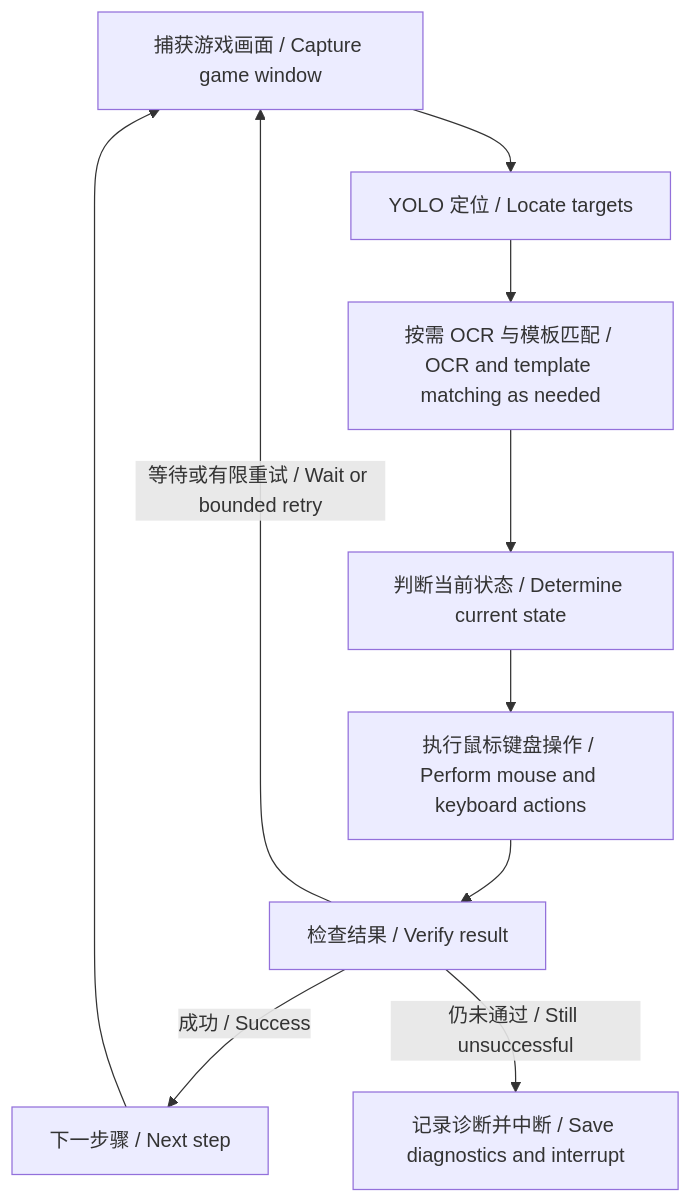
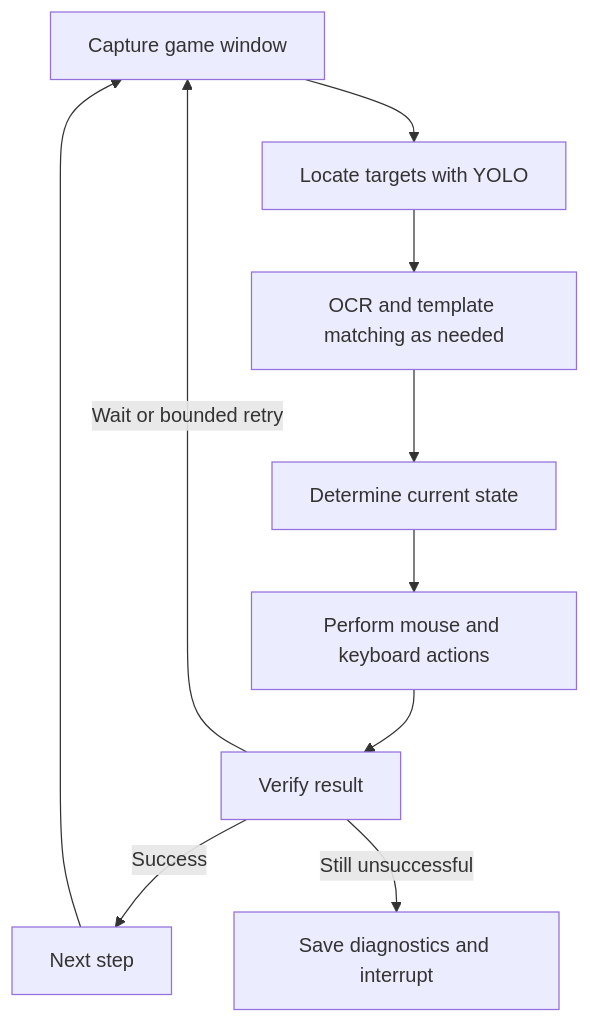
One commit to zybpl/MiliastraArchiveTool changed the diagram in README.md. Above: the diagram before and after it, drawn with Mermaid. The commit also changed other lines of this file, not shown here.

````diff
--- a/README.md
+++ b/README.md
@@ -53,12 +42,12 @@
 ```mermaid
 flowchart TD
-    A[捕获游戏画面 / Capture game window] --> B[YOLO 定位 / Locate targets]
-    B --> C[按需 OCR 与模板匹配 / OCR and template matching as needed]
-    C --> D[判断当前状态 / Determine current state]
-    D --> E[执行鼠标键盘操作 / Perform mouse and keyboard actions]
-    E --> F[检查结果 / Verify result]
-    F -->|成功 / Success| G[下一步骤 / Next step]
+    A[Capture game window] --> B[Locate targets with YOLO]
+    B --> C[OCR and template matching as needed]
+    C --> D[Determine current state]
+    D --> E[Perform mouse and keyboard actions]
+    E --> F[Verify result]
+    F -->|Success| G[Next step]
     G --> A
-    F -->|等待或有限重试 / Wait or bounded retry| A
-    F -->|仍未通过 / Still unsuccessful| H[记录诊断并中断 / Save diagnostics and interrupt]
+    F -->|Wait or bounded retry| A
+    F -->|Still unsuccessful| H[Save diagnostics and interrupt]
 ```
````
